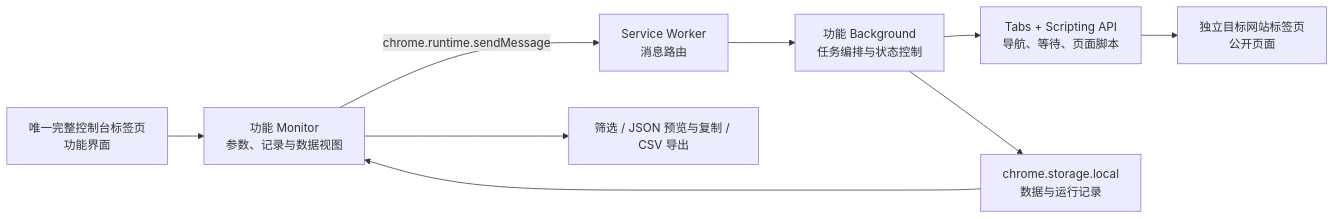
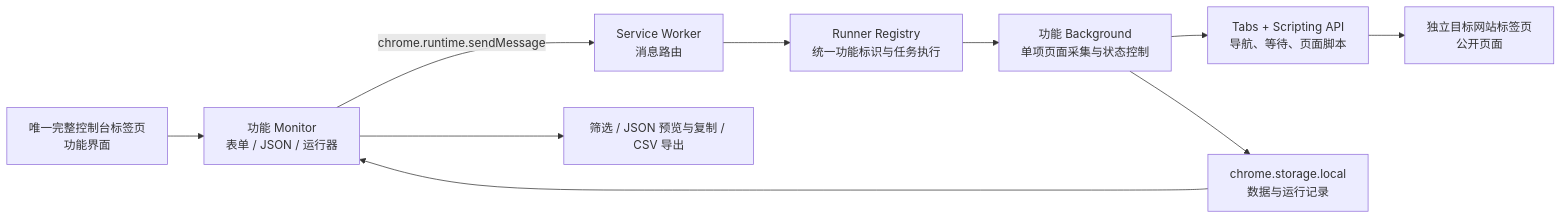
Before and after one commit to codes2ai/BrowserCoreClaw: the diagram in README.md, drawn with Mermaid. The commit also changed other lines of this file and 145 other files, not shown here.

````diff
--- a/README.md
+++ b/README.md
@@ -50,11 +55,12 @@
 ```mermaid
 flowchart LR
-  A[唯一完整控制台标签页<br/>功能界面] --> B[功能 Monitor<br/>参数、记录与数据视图]
+  A[唯一完整控制台标签页<br/>功能界面] --> B[功能 Monitor<br/>表单 / JSON / 运行器]
   B -->|chrome.runtime.sendMessage| C[Service Worker<br/>消息路由]
-  C --> D[功能 Background<br/>任务编排与状态控制]
+  C --> R[Runner Registry<br/>统一功能标识与任务执行]
+  R --> D[功能 Background<br/>单项页面采集与状态控制]
   D --> E[Tabs + Scripting API<br/>导航、等待、页面脚本]
   E --> F[独立目标网站标签页<br/>公开页面]
   D --> G[chrome.storage.local<br/>数据与运行记录]
   G --> B
   B --> H[筛选 / JSON 预览与复制 / CSV 导出]
 ```
````
